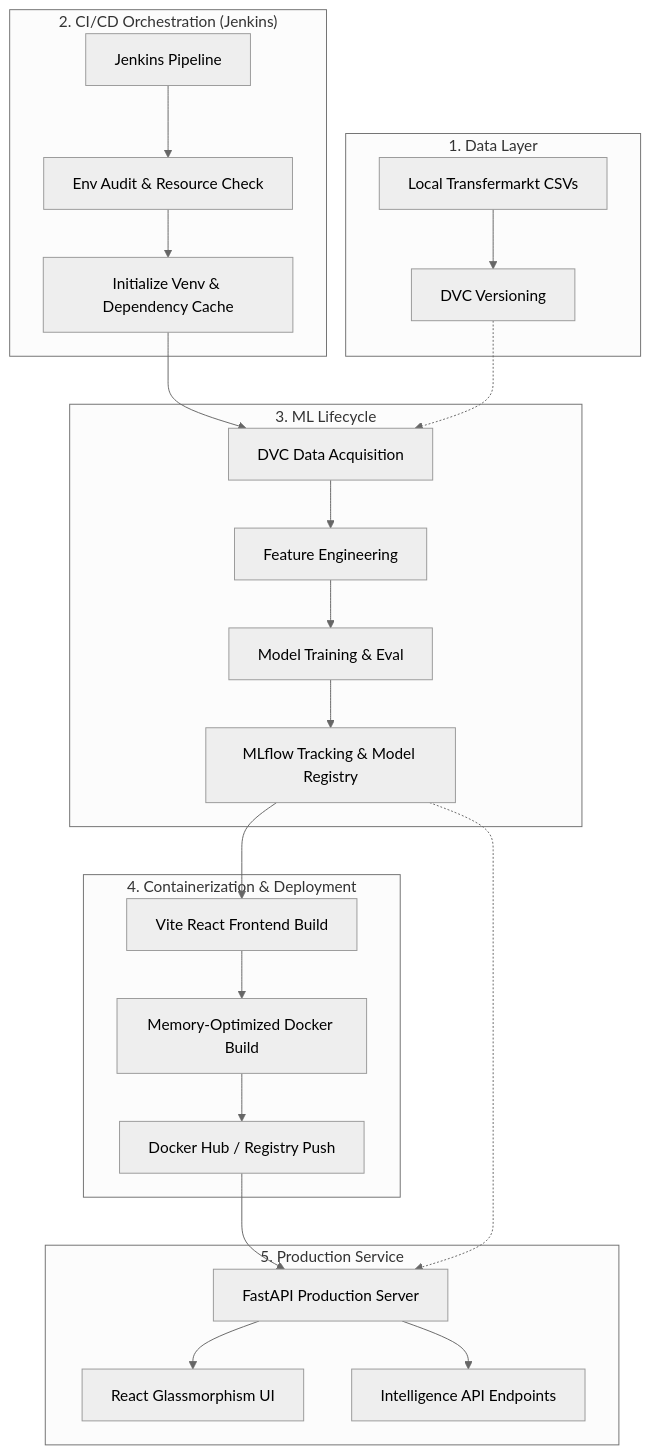
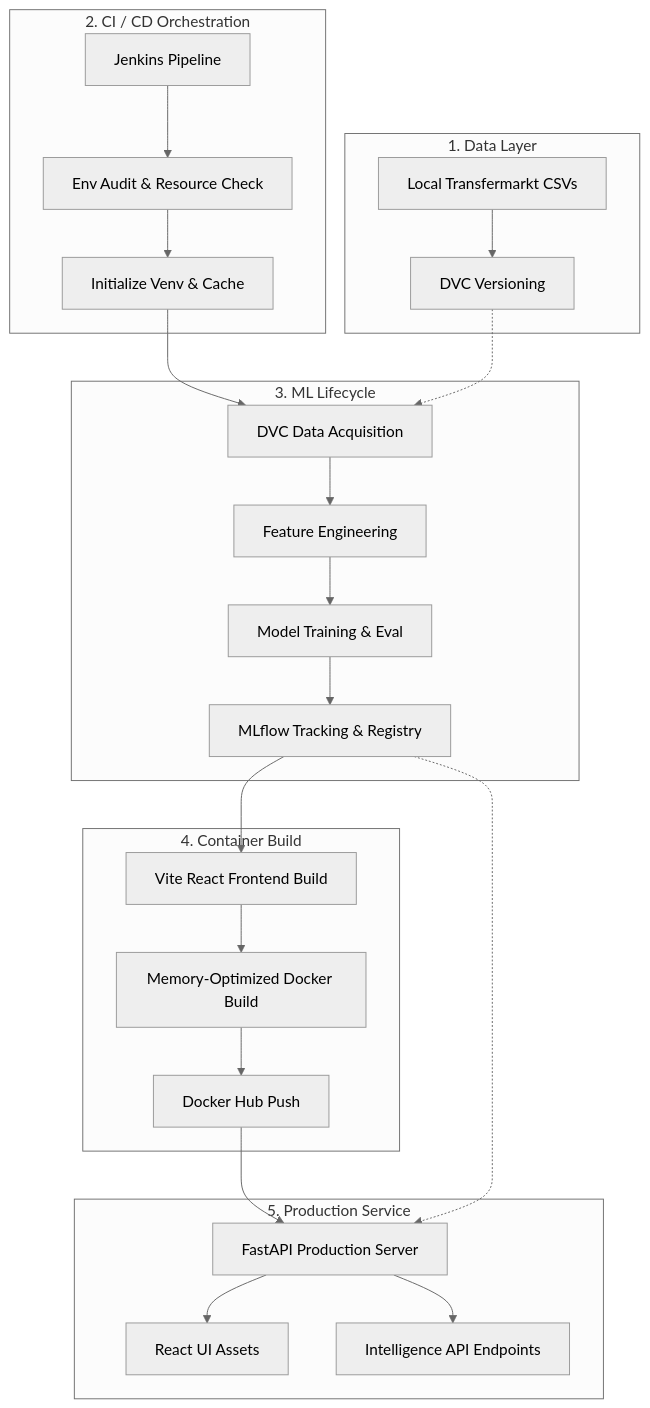
One commit to Veersingh0312/EliteScout changed the diagram in README.md. Above: the diagram before and after it, drawn with Mermaid (neutral theme).

Commit message:
fix(docs): refactor Mermaid flowchart syntax for better compatibility

````diff
--- a/README.md
+++ b/README.md
@@ -19,33 +19,33 @@
 ```mermaid
-graph TD
-    subgraph "1. Data Layer"
+flowchart TD
+    subgraph DATA [1. Data Layer]
         D1[Local Transfermarkt CSVs] --> D2[DVC Versioning]
     end
 
-    subgraph "2. CI/CD Orchestration (Jenkins)"
+    subgraph CICD [2. CI / CD Orchestration]
         J1[Jenkins Pipeline] --> J2[Env Audit & Resource Check]
-        J2 --> J3[Initialize Venv & Dependency Cache]
+        J2 --> J3[Initialize Venv & Cache]
     end
 
-    subgraph "3. ML Lifecycle"
+    subgraph MLLifecycle [3. ML Lifecycle]
         J3 --> M1[DVC Data Acquisition]
         M1 --> M2[Feature Engineering]
         M2 --> M3[Model Training & Eval]
-        M3 --> M4[MLflow Tracking & Model Registry]
+        M3 --> M4[MLflow Tracking & Registry]
     end
 
-    subgraph "4. Containerization & Deployment"
+    subgraph BUILD [4. Container Build]
         M4 --> C1[Vite React Frontend Build]
         C1 --> C2[Memory-Optimized Docker Build]
-        C2 --> C3[Docker Hub / Registry Push]
+        C2 --> C3[Docker Hub Push]
     end
 
-    subgraph "5. Production Service"
+    subgraph PROD [5. Production Service]
         C3 --> P1[FastAPI Production Server]
-        P1 --> P2[React Glassmorphism UI]
+        P1 --> P2[React UI Assets]
         P1 --> P3[Intelligence API Endpoints]
     end
 
     D2 -.-> M1
     M4 -.-> P1
 ```
````
